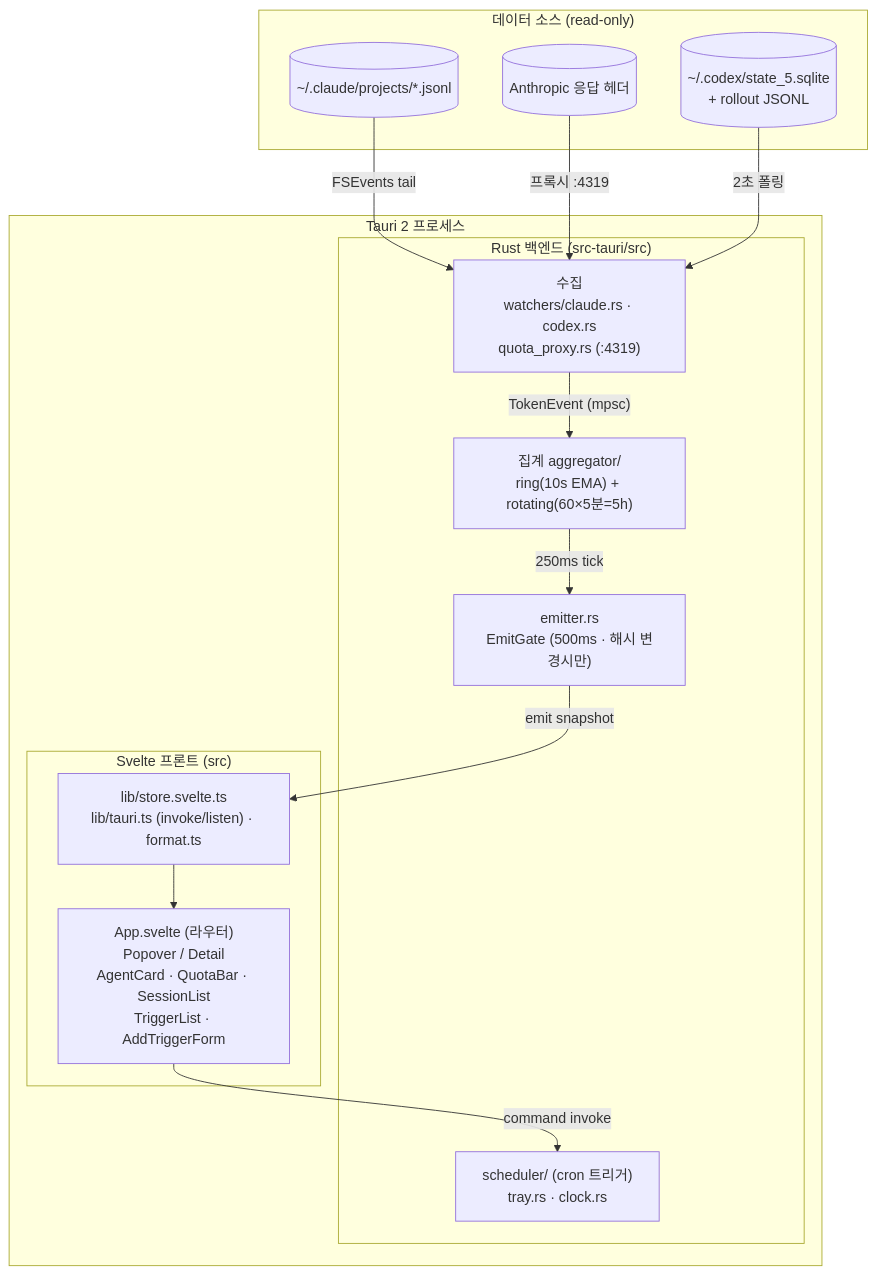
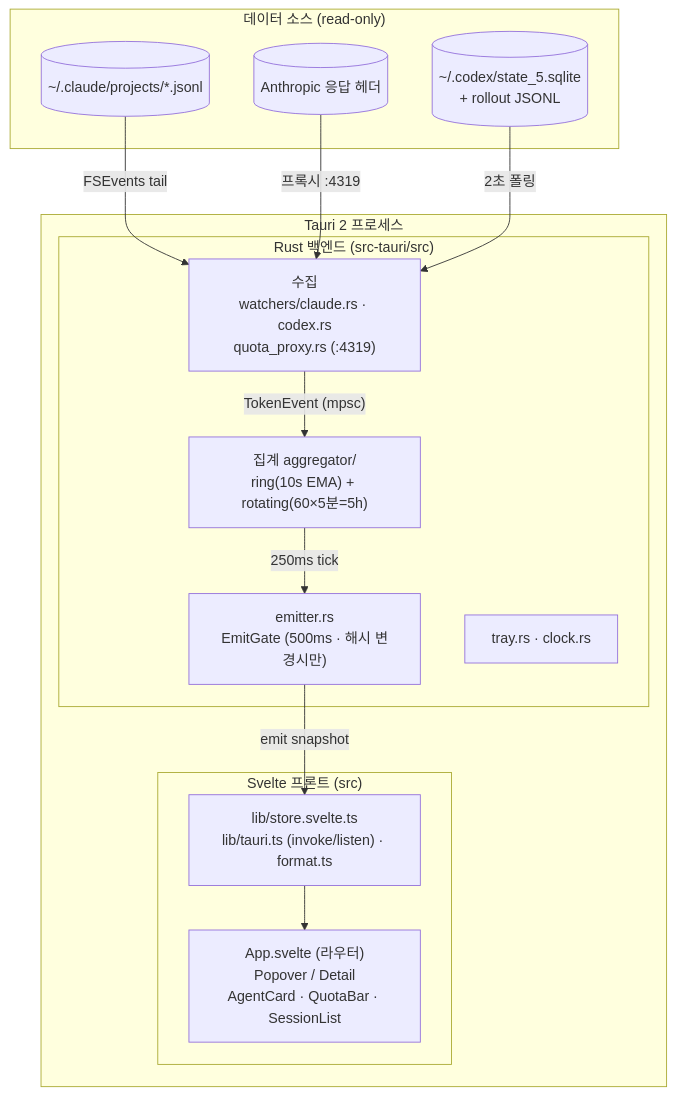
Before and after one commit to manaes/AIAgentMonitor: the first of 2 diagrams in README.md, drawn with Mermaid. The commit also changed other lines of this file and 20 other files, not shown here.

````diff
--- a/README.md
+++ b/README.md
@@ -98,29 +86,28 @@
 ```mermaid
 graph TD
     subgraph Sources["데이터 소스 (read-only)"]
         CJ[("~/.claude/projects/*.jsonl")]
         CH[("Anthropic 응답 헤더")]
         CX[("~/.codex/state_5.sqlite<br/>+ rollout JSONL")]
     end
     subgraph Proc["Tauri 2 프로세스"]
         subgraph BE["Rust 백엔드 (src-tauri/src)"]
             Watch["수집<br/>watchers/claude.rs · codex.rs<br/>quota_proxy.rs (:4319)"]
             Agg["집계 aggregator/<br/>ring(10s EMA) + rotating(60×5분=5h)"]
             Emit["emitter.rs<br/>EmitGate (500ms · 해시 변경시만)"]
-            Sched["scheduler/ (cron 트리거)<br/>tray.rs · clock.rs"]
+            Tray["tray.rs · clock.rs"]
         end
         subgraph FE["Svelte 프론트 (src)"]
-            App["App.svelte (라우터)<br/>Popover / Detail<br/>AgentCard · QuotaBar · SessionList<br/>TriggerList · AddTriggerForm"]
+            App["App.svelte (라우터)<br/>Popover / Detail<br/>AgentCard · QuotaBar · SessionList"]
             Lib["lib/store.svelte.ts<br/>lib/tauri.ts (invoke/listen) · format.ts"]
         end
     end
 
     CJ -->|"FSEvents tail"| Watch
     CH -->|"프록시 :4319"| Watch
     CX -->|"2초 폴링"| Watch
     Watch -->|"TokenEvent (mpsc)"| Agg
     Agg -->|"250ms tick"| Emit
     Emit -->|"emit snapshot"| Lib
     Lib --> App
-    App -->|"command invoke"| Sched
 ```
````
